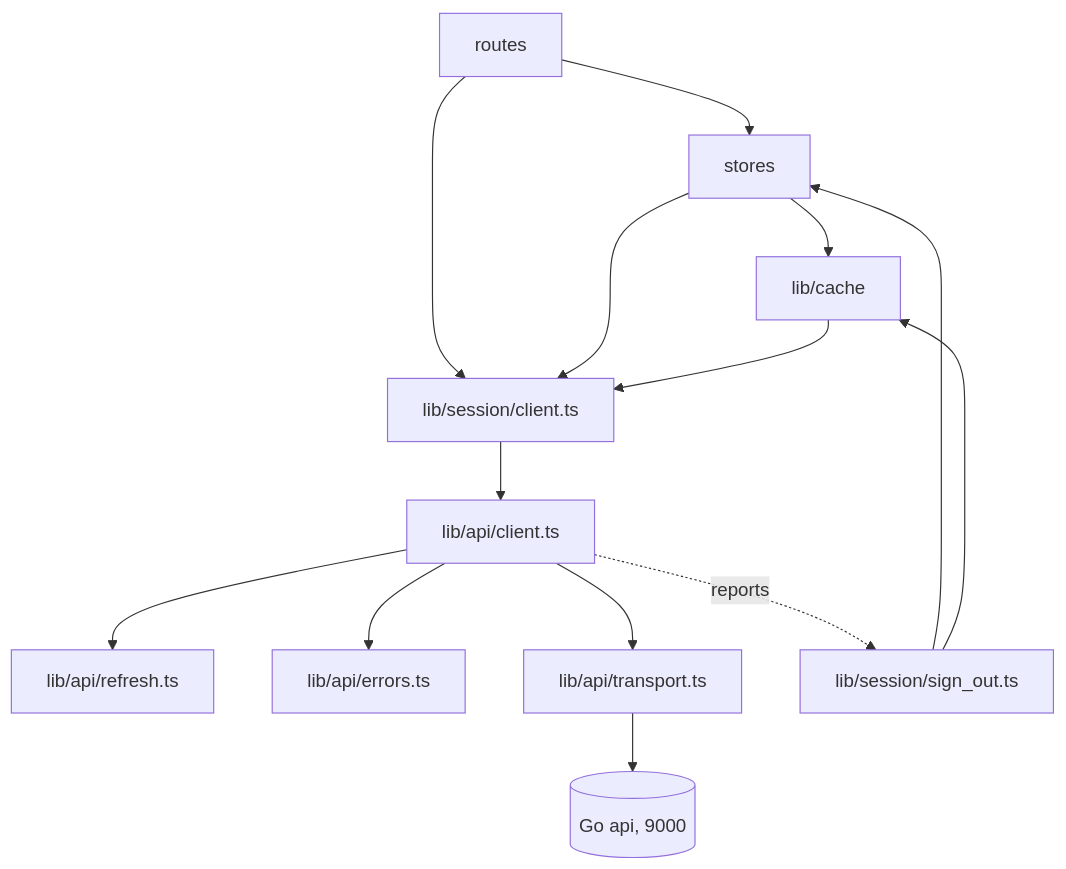
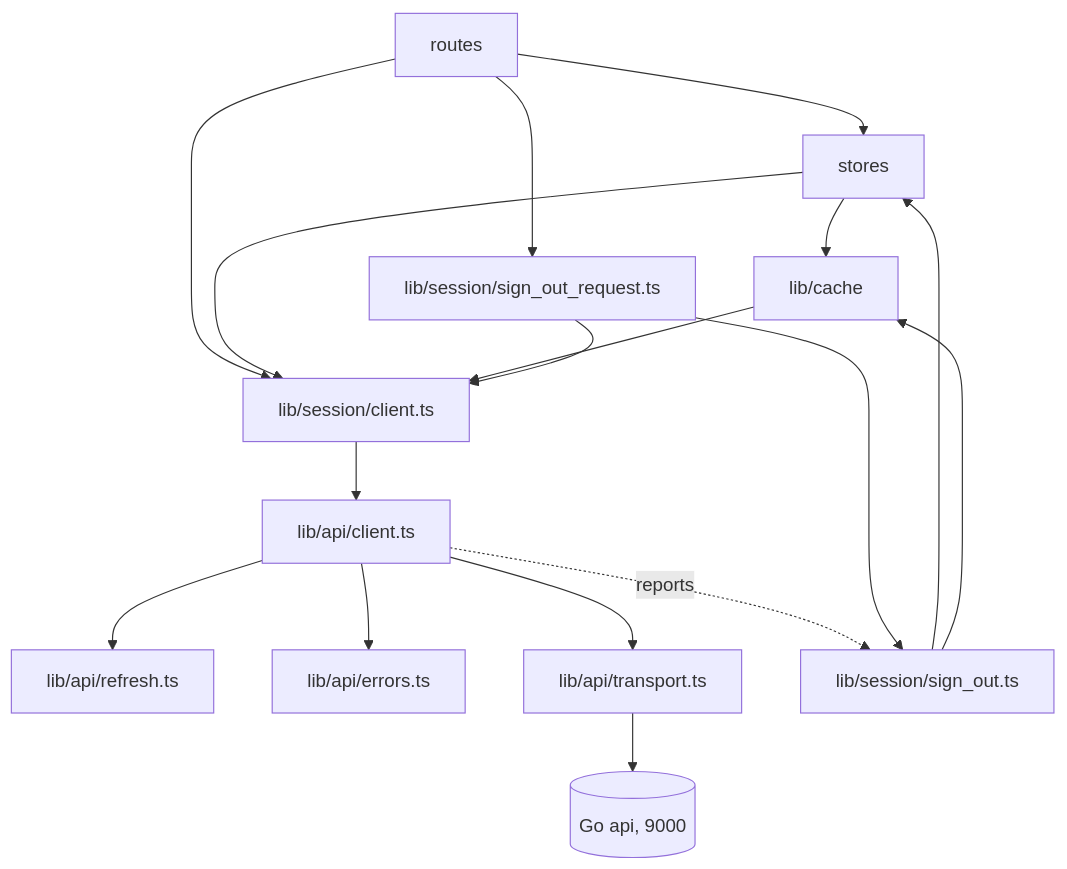
The second of 6 diagrams in frontend/HLD.md (prothegee/ottodot-trial-booking_seat), drawn with Mermaid before and after one commit. The commit also changed other lines of this file, not shown here.

````diff
--- a/frontend/HLD.md
+++ b/frontend/HLD.md
@@ -26,16 +26,19 @@
 ```mermaid
 flowchart TD
     routes[routes] --> stores[stores]
     routes --> session[lib/session/client.ts]
     stores --> cache[lib/cache]
     stores --> session
     cache --> session
     session --> client[lib/api/client.ts]
     client --> refresh[lib/api/refresh.ts]
     client --> errors[lib/api/errors.ts]
     client --> transport[lib/api/transport.ts]
     transport --> api[(Go api, 9000)]
     signout[lib/session/sign_out.ts] --> stores
     signout --> cache
     client -.->|reports| signout
+    routes --> request[lib/session/sign_out_request.ts]
+    request --> session
+    request --> signout
 ```
````
